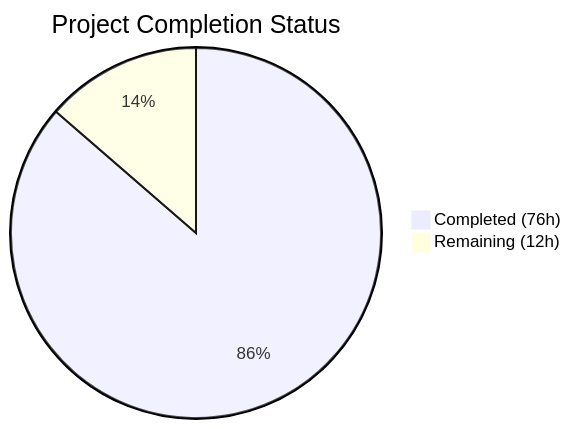
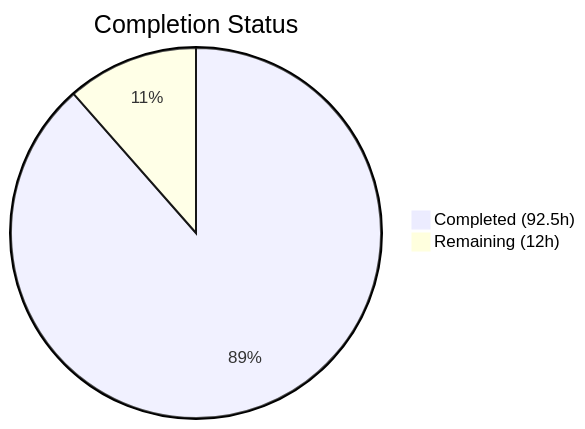
The first of 2 diagrams in blitzy/documentation/Project Guide.md (shaliniblitzy/6thaprilone), drawn with Mermaid before and after one commit. The commit also changed other lines of this file, not shown here.

Commit message:
Adding Blitzy Project Guide: Project Status and Human Tasks Remaining

````diff
--- a/blitzy/documentation/Project Guide.md
+++ b/blitzy/documentation/Project Guide.md
@@ -17,5 +13,5 @@
 ```mermaid
-pie title Project Completion Status
-    "Completed (76h)" : 76
+pie title Completion Status
+    "Completed (92.5h)" : 92.5
     "Remaining (12h)" : 12
 ```
````
